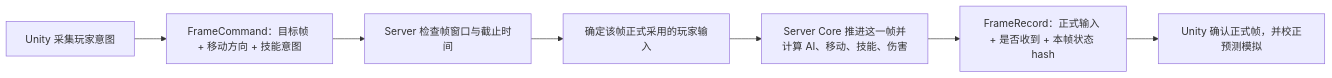
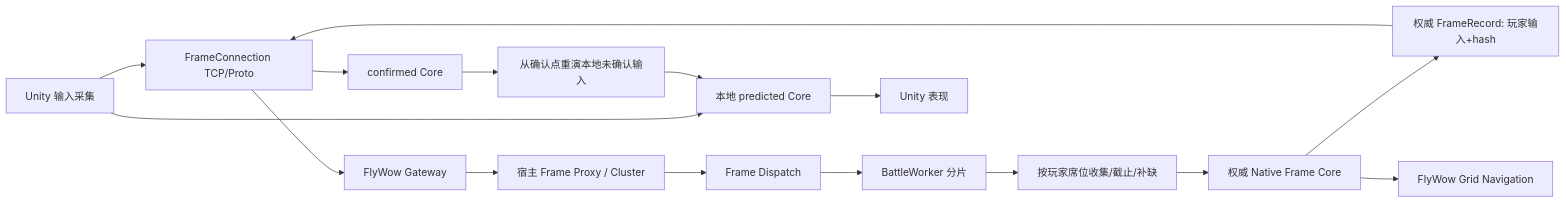
Before and after one commit to simbiwu/skynet-battle-navigation-commercial-learning: the diagram in docs/Skynet_BattleNavigation第三课_帧同步版_实操.md, drawn with Mermaid. The commit also changed other lines of this file and 3 other files, not shown here.

````diff
--- a/docs/Skynet_BattleNavigation第三课_帧同步版_实操.md
+++ b/docs/Skynet_BattleNavigation第三课_帧同步版_实操.md
@@ -77,9 +21,18 @@
-~~~mermaid
+```mermaid
 flowchart LR
-  A[Unity 采集玩家意图] --> B[FrameCommand：目标帧 + 移动方向 + 技能意图]
-  B --> C[Server 检查帧窗口与截止时间]
-  C --> D[确定该帧正式采用的玩家输入]
-  D --> E[Server Core 推进这一帧并计算 AI、移动、技能、伤害]
-  E --> F[FrameRecord：正式输入 + 是否收到 + 本帧状态 hash]
-  F --> G[Unity 确认正式帧，并校正预测模拟]
-~~~
+    A[Unity 输入采集] --> B[本地 predicted Core]
+    A --> C[FrameConnection TCP/Proto]
+    C --> D[FlyWow Gateway]
+    D --> E[宿主 Frame Proxy / Cluster]
+    E --> F[Frame Dispatch]
+    F --> G[BattleWorker 分片]
+    G --> H[按玩家席位收集/截止/补缺]
+    H --> I[权威 Native Frame Core]
+    I --> J[权威 FrameRecord: 玩家输入+hash]
+    J --> C
+    C --> K[confirmed Core]
+    K --> L[从确认点重演本地未确认输入]
+    L --> B
+    B --> M[Unity 表现]
+    I --> N[FlyWow Grid Navigation]
+```
````
